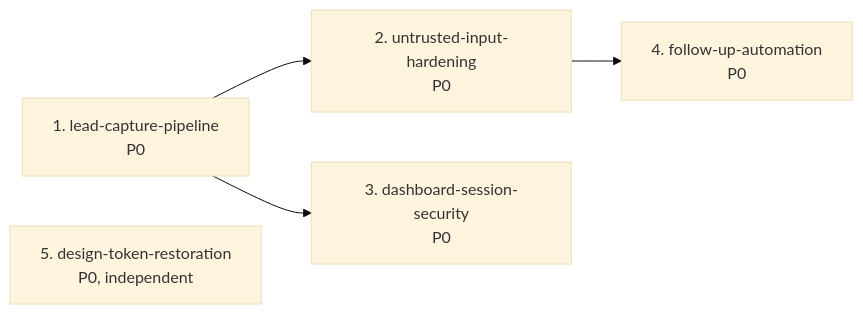
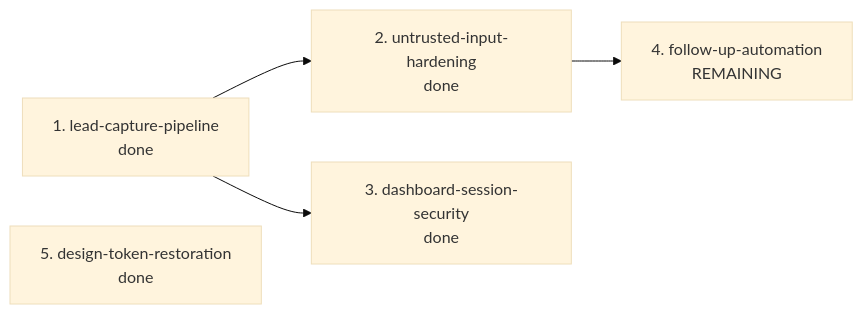
Before and after one commit to kfranklin93/JO: the diagram in .kiro/specs/README.md, drawn with Mermaid (base theme). The commit also changed other lines of this file and 1 other file, not shown here.

Commit message:
docs: correct spec status - 4 of 5 complete, Neon reachable, Spec 4 remaining

````diff
--- a/.kiro/specs/README.md
+++ b/.kiro/specs/README.md
@@ -13,7 +13,7 @@
 ```mermaid
 graph LR
-    S1["1. lead-capture-pipeline<br/>P0"] --> S2["2. untrusted-input-hardening<br/>P0"]
-    S1 --> S3["3. dashboard-session-security<br/>P0"]
-    S2 --> S4["4. follow-up-automation<br/>P0"]
-    S5["5. design-token-restoration<br/>P0, independent"]
+    S1["1. lead-capture-pipeline<br/>done"] --> S2["2. untrusted-input-hardening<br/>done"]
+    S1 --> S3["3. dashboard-session-security<br/>done"]
+    S2 --> S4["4. follow-up-automation<br/>REMAINING"]
+    S5["5. design-token-restoration<br/>done"]
 ```
````
